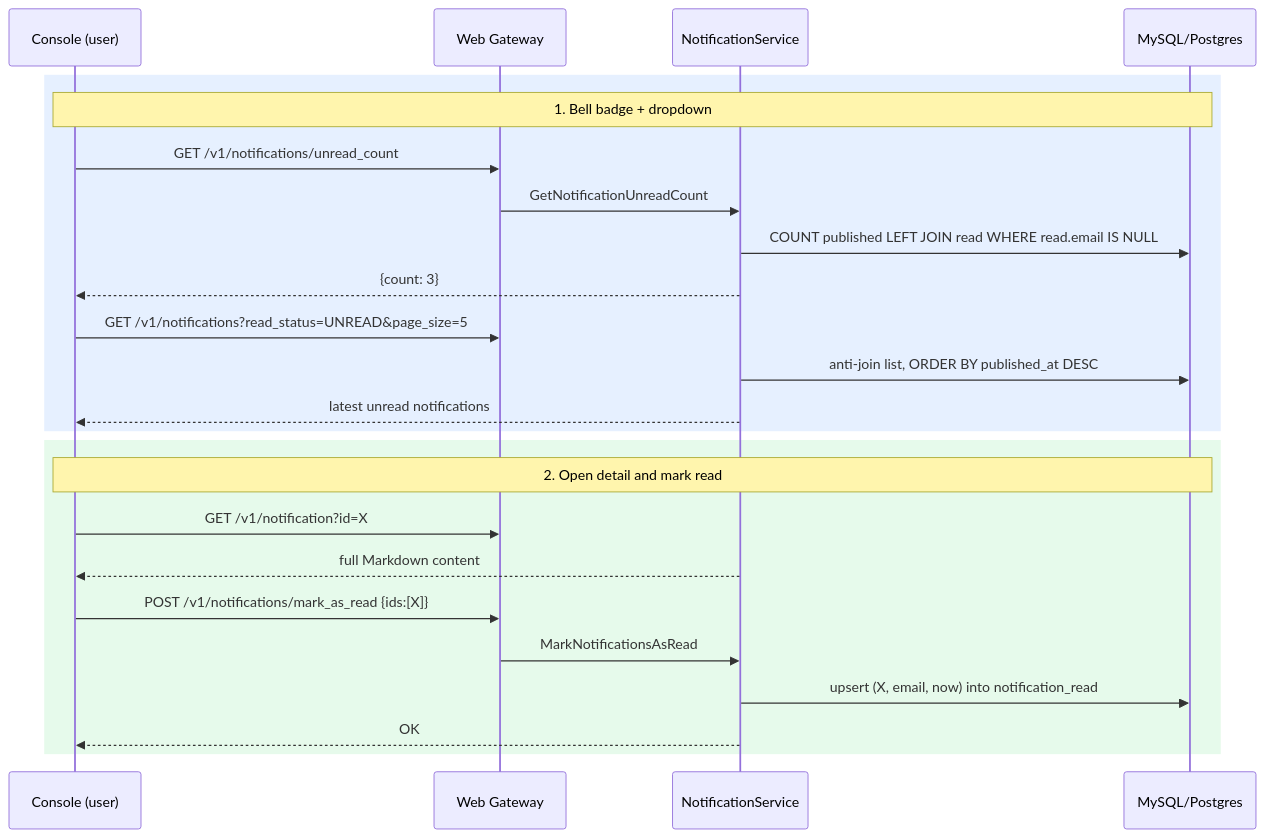
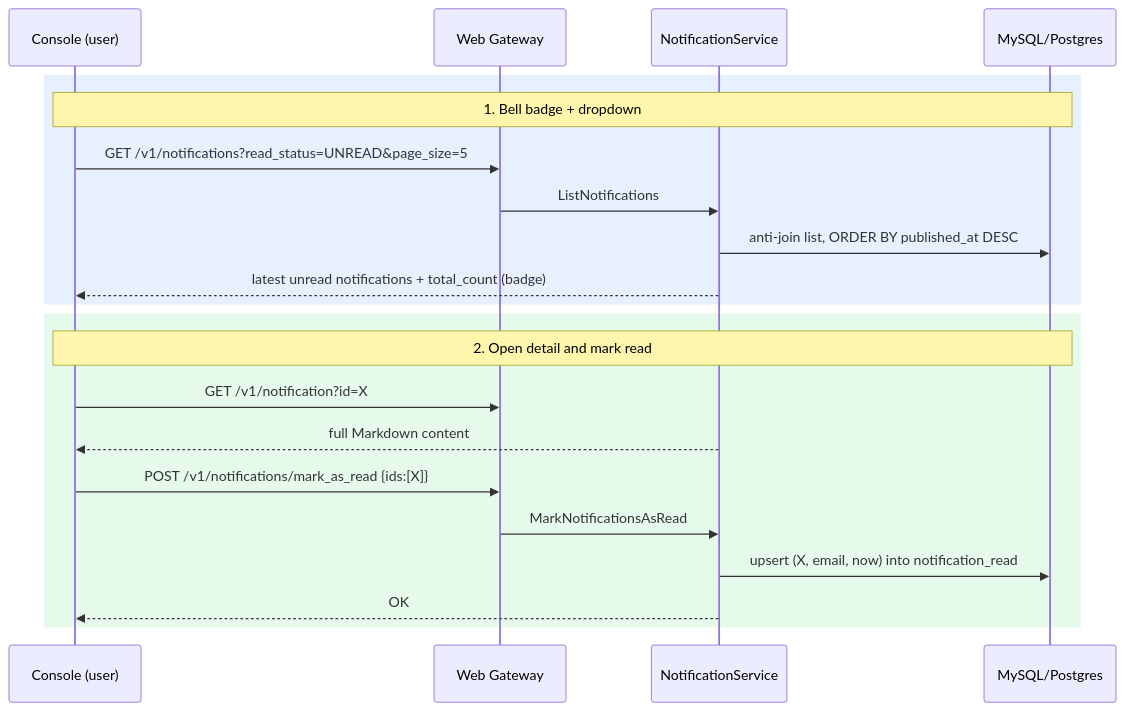
Before and after one commit to bucketeer-io/bucketeer: the second of 2 diagrams in docs/rfcs/0047-system-notification-center.md, drawn with Mermaid. The commit also changed other lines of this file, not shown here.

Commit message:
docs: drop GetNotificationUnreadCount from the RFC
The bell badge reuses ListNotifications with the unread filter and takes
the count from total_count, so a dedicated count API is unnecessary.

````diff
--- a/docs/rfcs/0047-system-notification-center.md
+++ b/docs/rfcs/0047-system-notification-center.md
@@ -150,28 +149,25 @@
 ```mermaid
 sequenceDiagram
     participant C as Console (user)
     participant GW as Web Gateway
     participant S as NotificationService
     participant DB as MySQL/Postgres
 
     rect rgb(230, 240, 255)
     Note over C,DB: 1. Bell badge + dropdown
-    C->>GW: GET /v1/notifications/unread_count
-    GW->>S: GetNotificationUnreadCount
-    S->>DB: COUNT published LEFT JOIN read WHERE read.email IS NULL
-    S-->>C: {count: 3}
     C->>GW: GET /v1/notifications?read_status=UNREAD&page_size=5
+    GW->>S: ListNotifications
     S->>DB: anti-join list, ORDER BY published_at DESC
-    S-->>C: latest unread notifications
+    S-->>C: latest unread notifications + total_count (badge)
     end
 
     rect rgb(230, 250, 235)
     Note over C,DB: 2. Open detail and mark read
     C->>GW: GET /v1/notification?id=X
     S-->>C: full Markdown content
     C->>GW: POST /v1/notifications/mark_as_read {ids:[X]}
     GW->>S: MarkNotificationsAsRead
     S->>DB: upsert (X, email, now) into notification_read
     S-->>C: OK
     end
 ```
````
